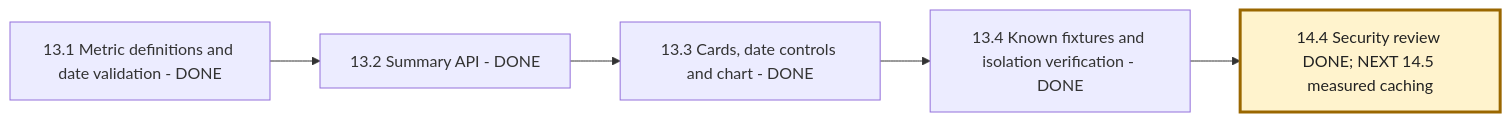
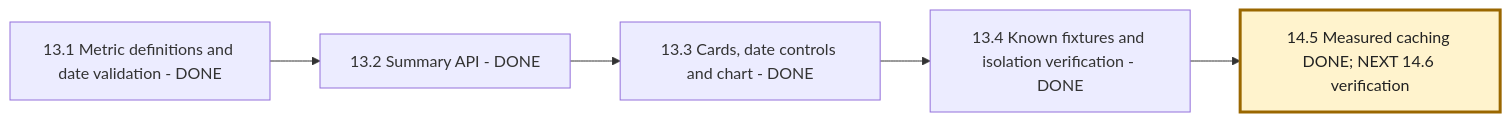
One commit to msdian0007/nexaAi changed the fifth of 6 diagrams in NEXAAI_ROADMAP.md. Above: the diagram before and after it, drawn with Mermaid. The commit also changed other lines of this file and 9 other files, not shown here.

````diff
--- a/NEXAAI_ROADMAP.md
+++ b/NEXAAI_ROADMAP.md
@@ -352,8 +355,8 @@
 ```mermaid
 flowchart LR
     A[13.1 Metric definitions and date validation - DONE] --> B[13.2 Summary API - DONE]
     B --> C[13.3 Cards, date controls and chart - DONE]
     C --> D[13.4 Known fixtures and isolation verification - DONE]
-    D --> E[14.4 Security review DONE; NEXT 14.5 measured caching]
+    D --> E[14.5 Measured caching DONE; NEXT 14.6 verification]
     style E fill:#fff3cd,stroke:#9a6700,stroke-width:3px,color:#222
 ```
````
